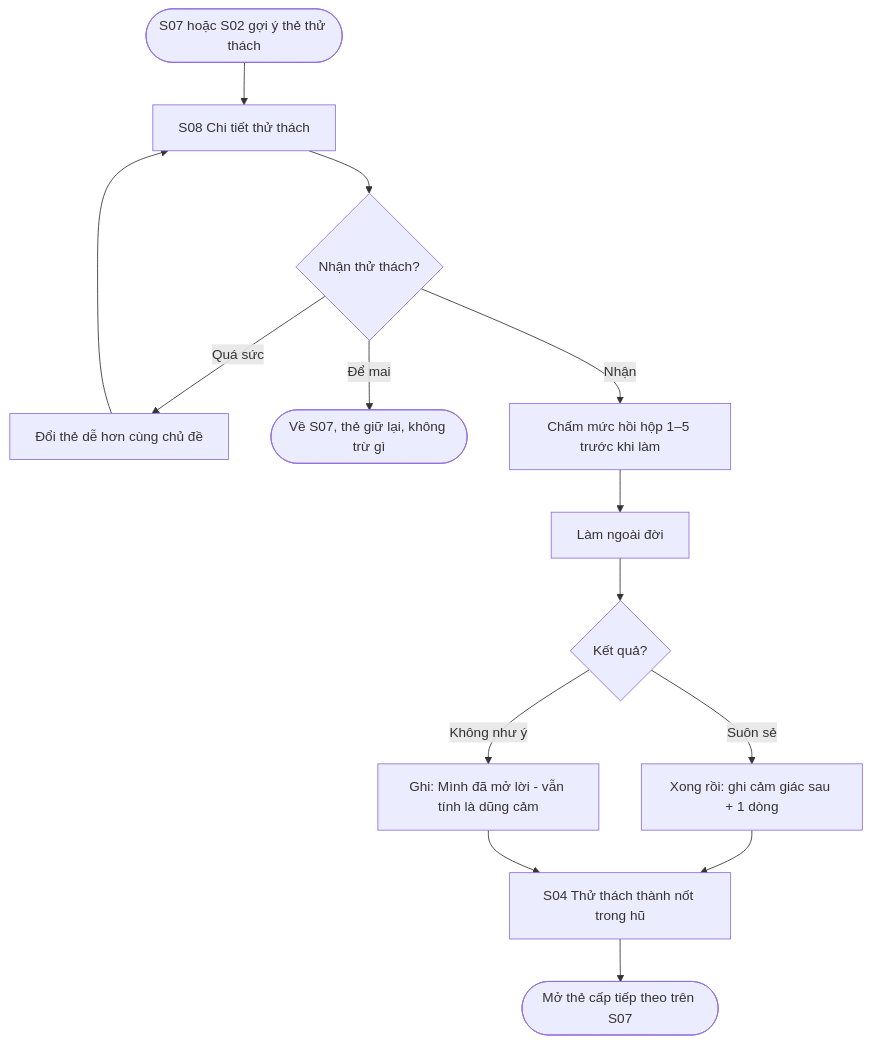
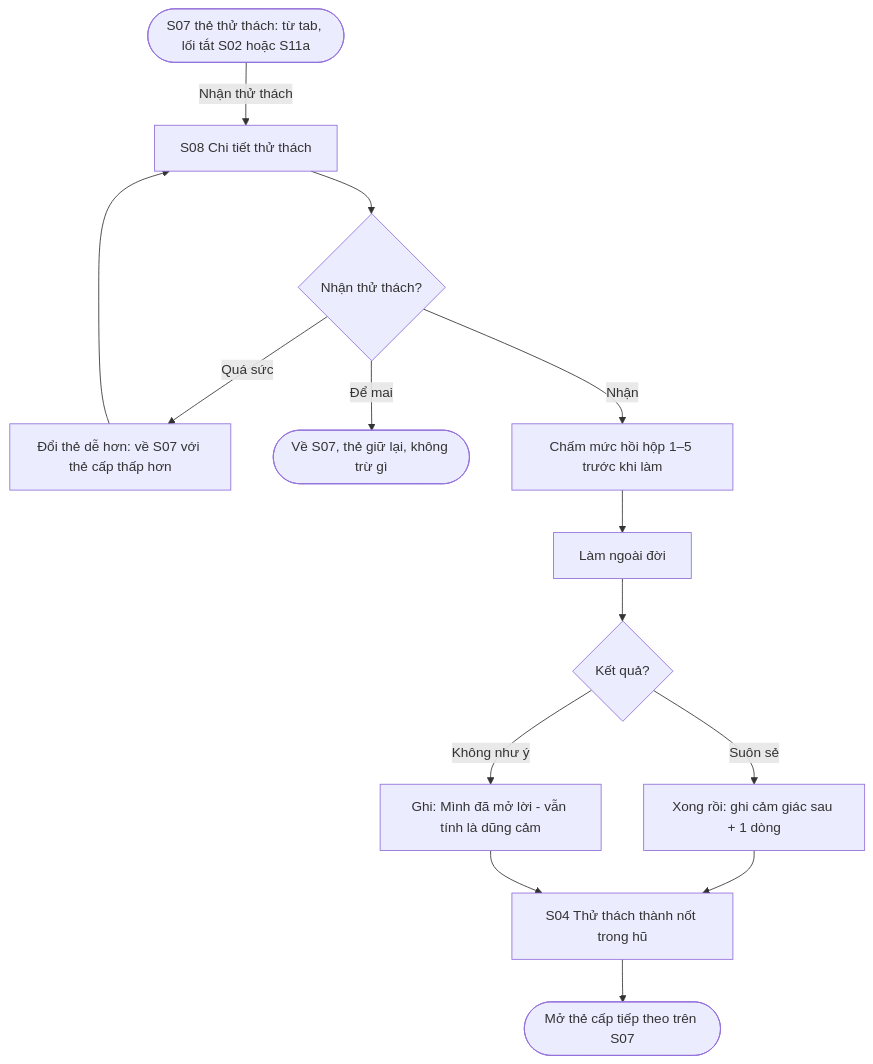
The fourth of 6 diagrams in ux/user-flow.md (FU-PRM-Projects/prm393-lab2-group9), drawn with Mermaid before and after one commit. The commit also changed other lines of this file and 7 other files, not shown here.

Commit message:
docs: match flows and handoff to Figma prototype; add S03c step

````diff
--- a/ux/user-flow.md
+++ b/ux/user-flow.md
@@ -141,16 +149,16 @@
 ```mermaid
 flowchart TD
-    A([S07 hoặc S02 gợi ý thẻ thử thách]) --> B[S08 Chi tiết thử thách]
+    A([S07 thẻ thử thách: từ tab, lối tắt S02 hoặc S11a]) -->|Nhận thử thách| B[S08 Chi tiết thử thách]
     B --> C{Nhận thử thách?}
-    C -->|Quá sức| D[Đổi thẻ dễ hơn cùng chủ đề]
+    C -->|Quá sức| D[Đổi thẻ dễ hơn: về S07 với thẻ cấp thấp hơn]
     D --> B
     C -->|Để mai| E([Về S07, thẻ giữ lại, không trừ gì])
     C -->|Nhận| F[Chấm mức hồi hộp 1–5 trước khi làm]
     F --> G[Làm ngoài đời]
     G --> H{Kết quả?}
     H -->|Suôn sẻ| I[Xong rồi: ghi cảm giác sau + 1 dòng]
     H -->|Không như ý| J[Ghi: Mình đã mở lời - vẫn tính là dũng cảm]
     I --> K[S04 Thử thách thành nốt trong hũ]
     J --> K
     K --> L([Mở thẻ cấp tiếp theo trên S07])
 ```
````
